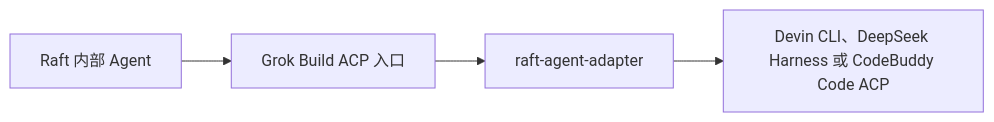
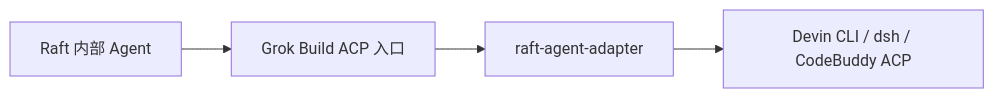
One commit to CST18057/raft-agent-adapter changed the diagram in README.zh-CN.md. Above: the diagram before and after it, drawn with Mermaid. The commit also changed other lines of this file and 2 other files, not shown here.

````diff
--- a/README.zh-CN.md
+++ b/README.zh-CN.md
@@ -12,6 +12,6 @@
 ```mermaid
 flowchart LR
     A[Raft 内部 Agent] --> B[Grok Build ACP 入口]
     B --> C[raft-agent-adapter]
-    C --> D[Devin CLI、DeepSeek Harness 或 CodeBuddy Code ACP]
+    C --> D[Devin CLI / dsh / CodeBuddy ACP]
 ```
````
